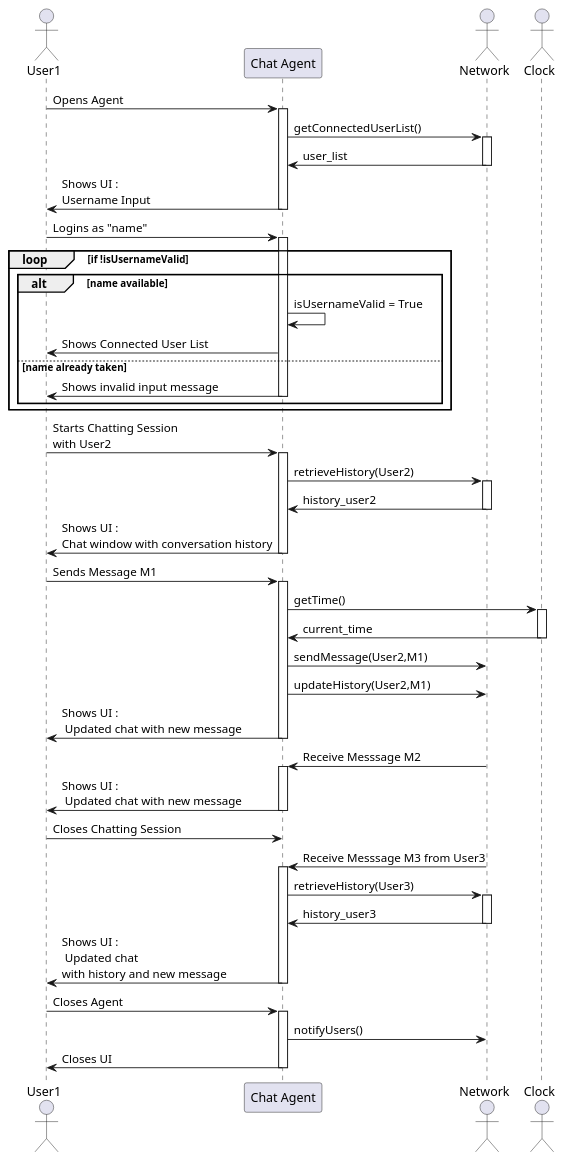
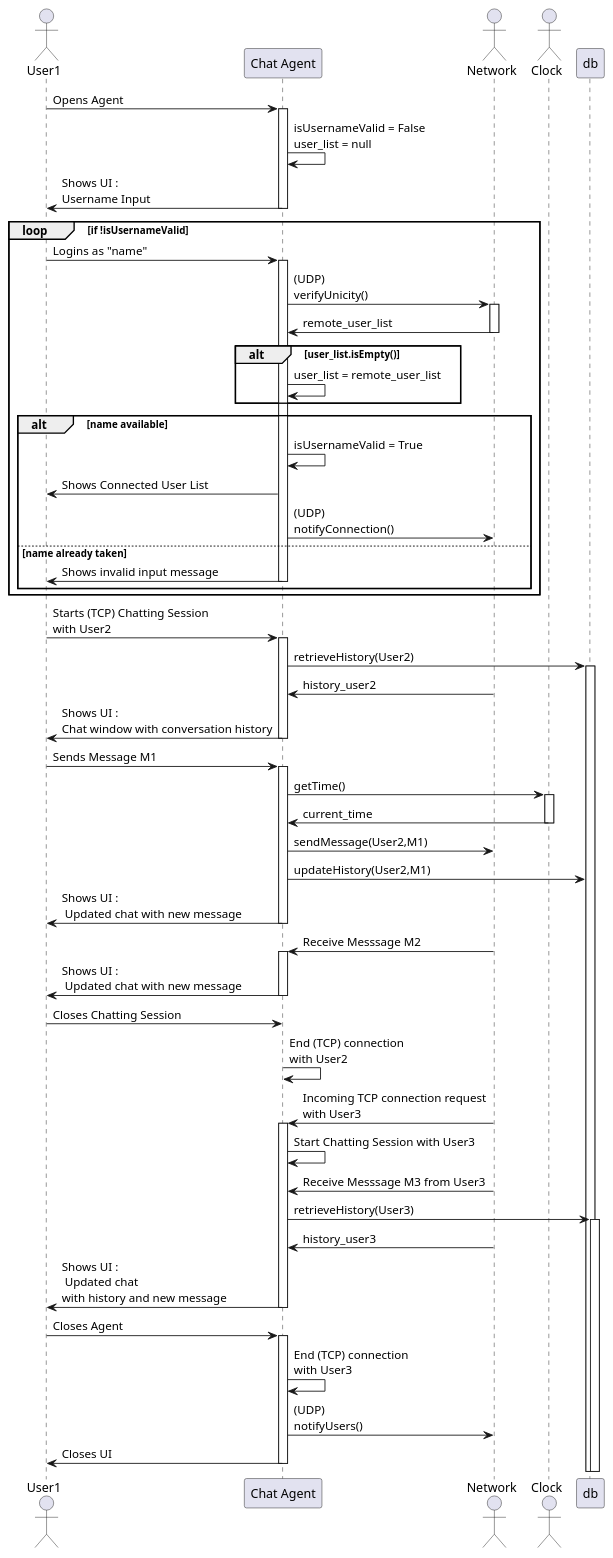
One commit to scanim-valentin/decentralized-chat-system changed the diagram in UMLPlant/sequence_black_box.wsd. Above: the diagram before and after it, drawn with PlantUML.

Commit message:
updated black box

```diff
--- a/UMLPlant/sequence_black_box.wsd
+++ b/UMLPlant/sequence_black_box.wsd
@@ -1,46 +1,60 @@
 @startuml sequence_black_box
 actor User1 as User
 participant "Chat Agent" as chatAgent
 actor "Network" as Network
 actor "Clock" as Clock
 
 User -> chatAgent ++ : Opens Agent
-chatAgent -> Network ++ : getConnectedUserList()
-Network -> chatAgent -- : user_list
+  chatAgent -> chatAgent : isUsernameValid = False\nuser_list = null
 chatAgent -> User -- : Shows UI :\nUsername Input
+
+
+loop if !isUsernameValid
 User -> chatAgent ++ : Logins as "name"
-loop if !isUsernameValid
+
+chatAgent -> Network ++ : (UDP)\nverifyUnicity()
+Network -> chatAgent -- : remote_user_list
+ alt user_list.isEmpty()
+  chatAgent -> chatAgent : user_list = remote_user_list 
+ end
 alt name available
 chatAgent -> chatAgent : isUsernameValid = True
 User <- chatAgent : Shows Connected User List
+chatAgent -> Network : (UDP)\nnotifyConnection()
     else name already taken
 User <- chatAgent -- : Shows invalid input message
     end
 end
 
-User -> chatAgent ++ : Starts Chatting Session\nwith User2
-  chatAgent -> Network ++ : retrieveHistory(User2)
+User -> chatAgent ++ : Starts (TCP) Chatting Session\nwith User2
+  chatAgent -> db ++ : retrieveHistory(User2)
   Network -> chatAgent -- : history_user2
 chatAgent -> User -- : Shows UI :\nChat window with conversation history
 
 User -> chatAgent ++ : Sends Message M1
   chatAgent -> Clock ++ : getTime()
   Clock -> chatAgent -- : current_time
   chatAgent -> Network : sendMessage(User2,M1)
-  chatAgent -> Network : updateHistory(User2,M1)
+  chatAgent -> db : updateHistory(User2,M1)
 chatAgent -> User -- : Shows UI :\n Updated chat with new message
 
 Network -> chatAgent ++ : Receive Messsage M2
 chatAgent -> User -- : Shows UI :\n Updated chat with new message
 
 User -> chatAgent : Closes Chatting Session
+chatAgent -> chatAgent : End (TCP) connection\nwith User2
 
-Network -> chatAgent ++ : Receive Messsage M3 from User3
-  chatAgent -> Network ++ : retrieveHistory(User3) 
+Network -> chatAgent ++ : Incoming TCP connection request\nwith User3
+chatAgent -> chatAgent : Start Chatting Session with User3
+Network -> chatAgent : Receive Messsage M3 from User3
+
+  chatAgent -> db ++ : retrieveHistory(User3) 
   Network -> chatAgent -- : history_user3
 chatAgent -> User -- : Shows UI :\n Updated chat\nwith history and new message
 
 User -> chatAgent ++ : Closes Agent
-  chatAgent -> Network : notifyUsers()
+  chatAgent -> chatAgent : End (TCP) connection\nwith User3
+  chatAgent -> Network : (UDP)\nnotifyUsers()
 chatAgent -> User -- : Closes UI
+
 @enduml
```
